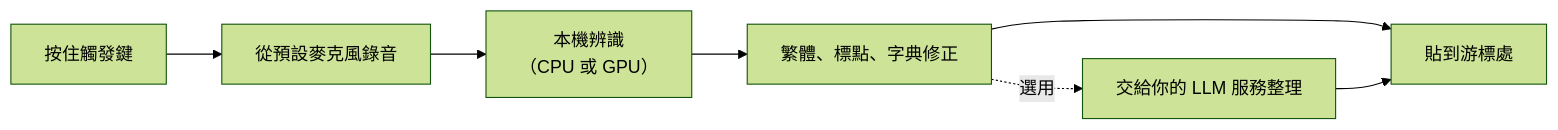
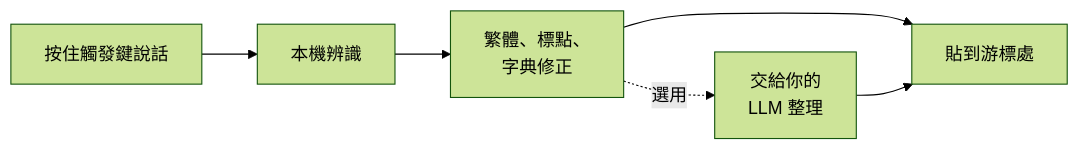
The diagram in README.zh-TW.md (changemyminds/talk-type), drawn with Mermaid (forest theme) before and after one commit. The commit also changed other lines of this file and 1 other file, not shown here.

Commit message:
docs: tidy features table header and simplify the flow diagram

````diff
--- a/README.zh-TW.md
+++ b/README.zh-TW.md
@@ -60,9 +60,8 @@
 ```mermaid
 flowchart LR
-    A["按住觸發鍵"] --> B["從預設麥克風錄音"]
-    B --> C["本機辨識<br/>（CPU 或 GPU）"]
-    C --> D["繁體、標點、字典修正"]
-    D -. "選用" .-> E["交給你的 LLM 服務整理"]
+    A["按住觸發鍵說話"] --> C["本機辨識"]
+    C --> D["繁體、標點、<br/>字典修正"]
+    D -. "選用" .-> E["交給你的<br/>LLM 整理"]
     D --> F["貼到游標處"]
     E --> F
 ```
````
